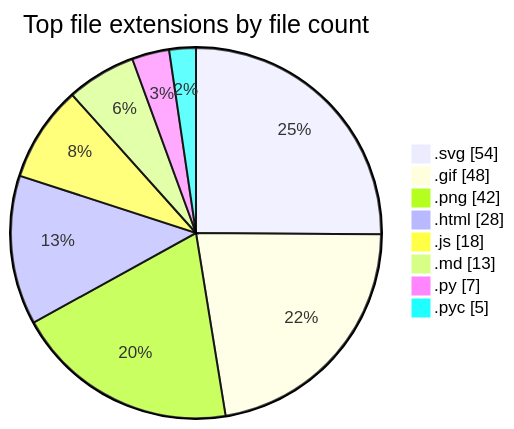
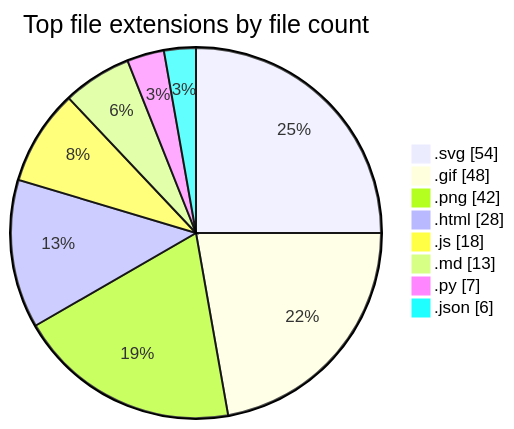
Before and after one commit to tchinso/tchinso: the second of 2 diagrams in README.md, drawn with Mermaid. The commit also changed other lines of this file, not shown here.

````diff
--- a/README.md
+++ b/README.md
@@ -46,12 +46,12 @@
 ```mermaid
 pie showData
     title Top file extensions by file count
     ".svg" : 54
     ".gif" : 48
     ".png" : 42
     ".html" : 28
     ".js" : 18
     ".md" : 13
     ".py" : 7
-    ".pyc" : 5
+    ".json" : 6
 ```
````
